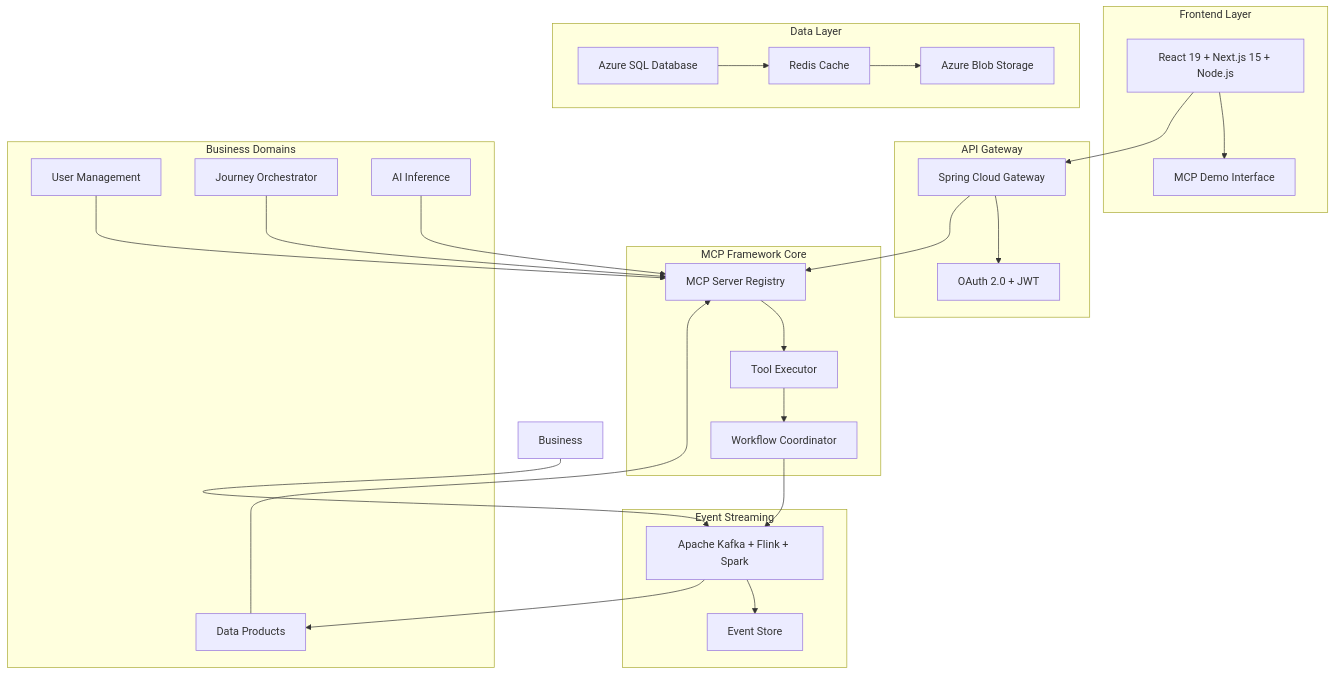
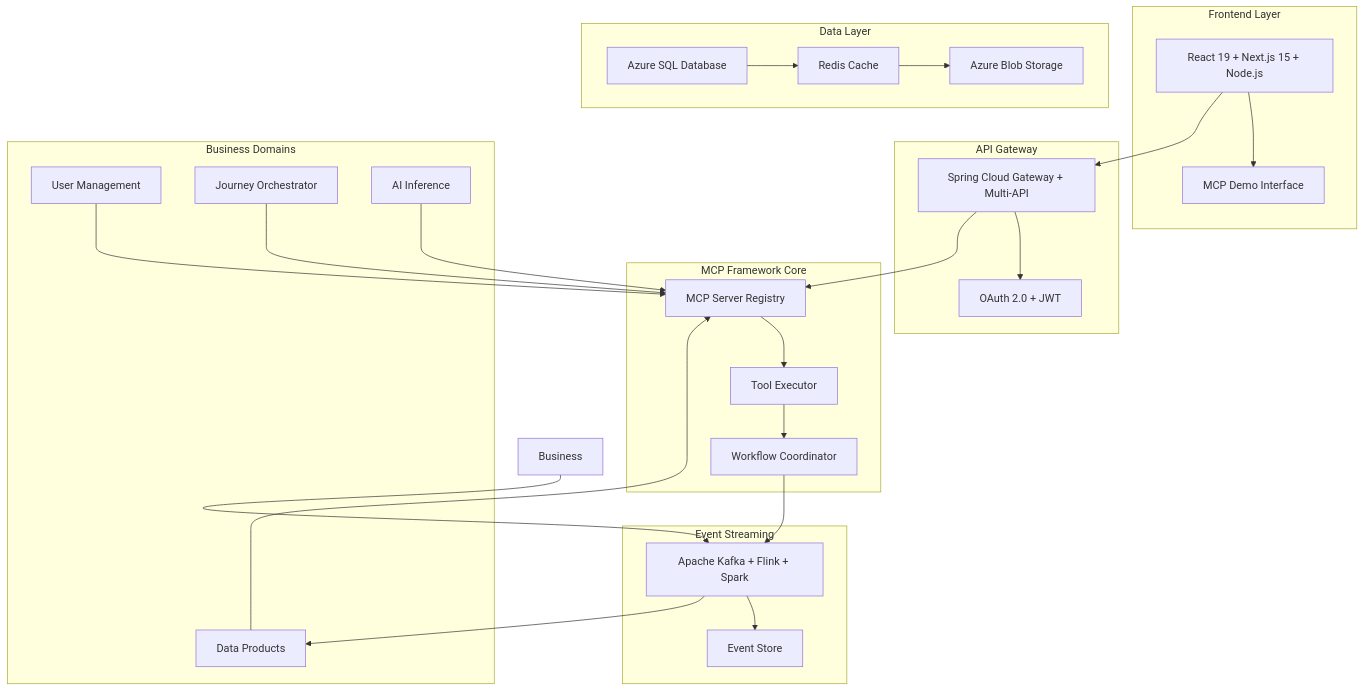
Before and after one commit to calvinlee999/react_next_java_journey: the first of 5 diagrams in README.md, drawn with Mermaid. The commit also changed other lines of this file and 1 other file, not shown here.

First line of the commit message:
Update API Gateway Architecture: Multi-paradigm Implementation

````diff
--- a/README.md
+++ b/README.md
@@ -20,57 +20,57 @@
 ```mermaid
 graph TB
     subgraph "Frontend Layer"
         UI[React 19 + Next.js 15 + Node.js]
         Demo[MCP Demo Interface]
         UI --> Demo
     end
     
     subgraph "API Gateway"
-        Gateway[Spring Cloud Gateway]
+        Gateway[Spring Cloud Gateway + Multi-API]
         Auth[OAuth 2.0 + JWT]
         Gateway --> Auth
     end
     
     subgraph "MCP Framework Core"
         Registry[MCP Server Registry]
         Executor[Tool Executor]
         Coordinator[Workflow Coordinator]
         
         Registry --> Executor
         Executor --> Coordinator
     end
     
     subgraph "Business Domains"
         User[User Management]
         Journey[Journey Orchestrator]
         AI[AI Inference]
         Data[Data Products]
         
         User --> Registry
         Journey --> Registry
         AI --> Registry
         Data --> Registry
     end
     
     subgraph "Event Streaming"
         Kafka[Apache Kafka + Flink + Spark]
         Events[Event Store]
         
         Kafka --> Events
     end
     
     subgraph "Data Layer"
         Azure[Azure SQL Database]
         Redis[Redis Cache]
         Blob[Azure Blob Storage]
         
         Azure --> Redis
         Redis --> Blob
     end
     
     UI --> Gateway
     Gateway --> Registry
     Coordinator --> Kafka
     Business --> Kafka
     Kafka --> Data
 ```
````
